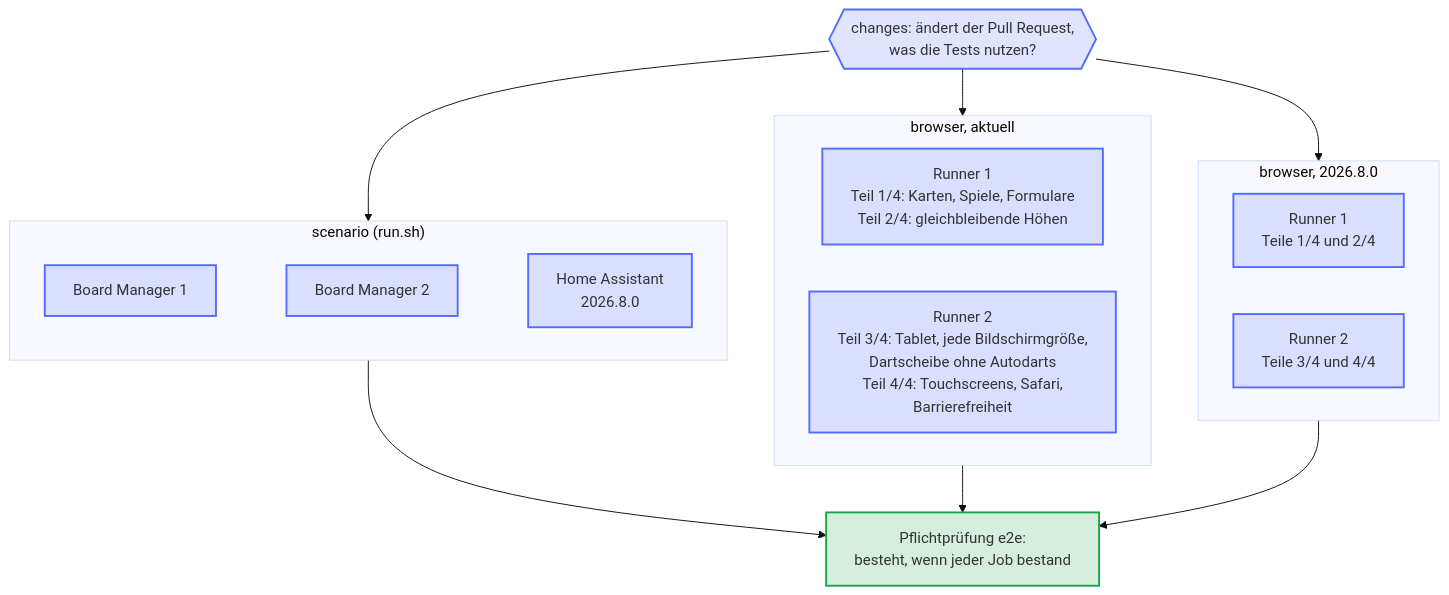
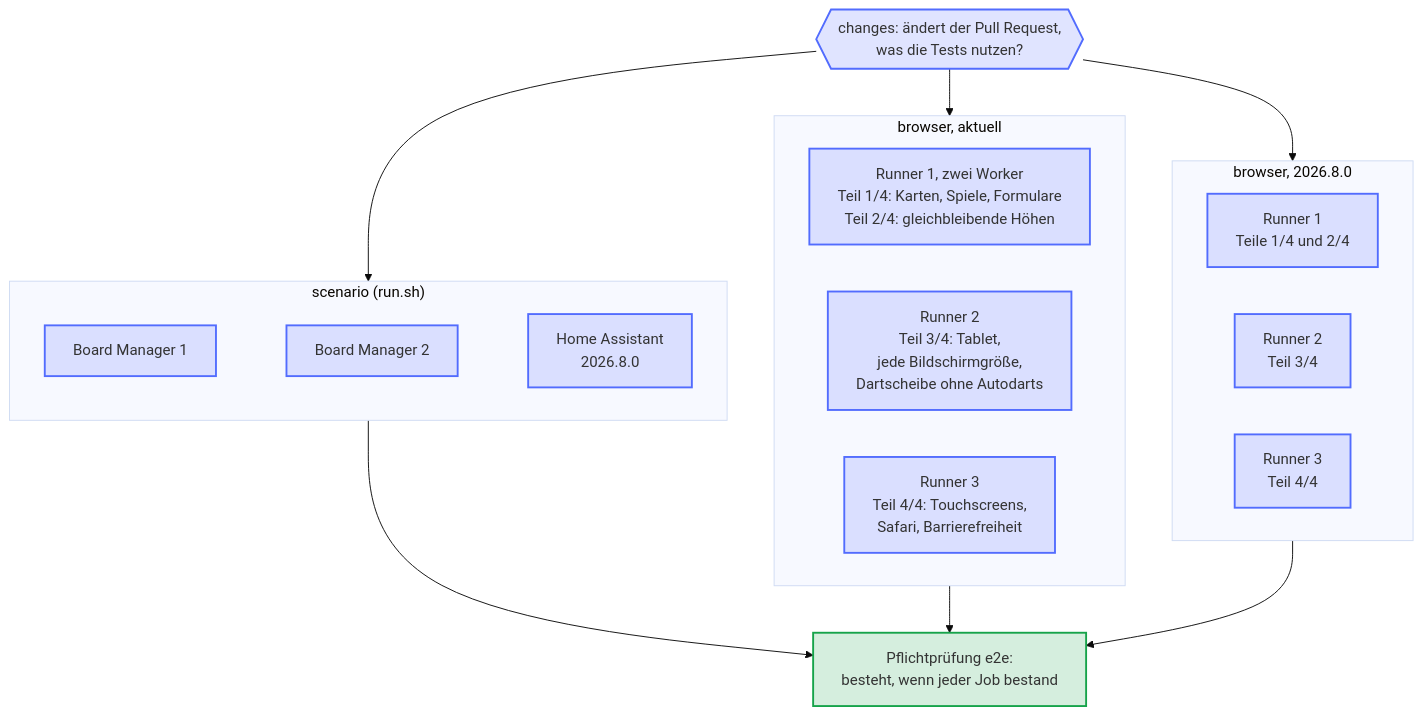
The diagram in docs/diagrams/e2e-shards.de.mmd (Dennis-Otto/ha-autodarts), drawn with Mermaid (base theme) before and after one commit. The commit also changed 11 other files, not shown here.

First line of the commit message:
ci(e2e): give the shard with Safari a runner of its own

```diff
--- a/docs/diagrams/e2e-shards.de.mmd
+++ b/docs/diagrams/e2e-shards.de.mmd
@@ -1,40 +1,42 @@
 ---
 config:
   flowchart:
     wrappingWidth: 400
 ---
 flowchart TB
   accTitle: Die End-to-End-Tests nebeneinander
-  accDescr: Findet der Job changes etwas zu testen, starten sieben Test-Jobs zugleich. Drei führen das Szenario aus, für Board Manager 1, Board Manager 2 und Home Assistant 2026.8.0. Vier führen den Browsertest aus, zwei für das aktuelle und zwei für das älteste unterstützte Home Assistant. Jeder Browser-Job startet zwei Demo-Instanzen, jede mit einem Browser und einem der vier Teile der Schritte, sodass alle vier Teile einer Version zugleich laufen. Die Pflichtprüfung e2e wartet auf alle.
+  accDescr: Findet der Job changes etwas zu testen, starten neun Test-Jobs zugleich. Drei führen das Szenario aus, für Board Manager 1, Board Manager 2 und Home Assistant 2026.8.0. Sechs führen den Browsertest aus, drei für das aktuelle und drei für das älteste unterstützte Home Assistant, sodass alle vier Teile einer Version zugleich laufen, jeder auf einer eigenen Demo-Instanz. Der erste Runner einer Version führt zwei Worker aus, die Karten, Spiele und Formulare neben den gleichbleibenden Höhen; der zweite das Tablet, jede Bildschirmgröße und die Dartscheibe ohne Autodarts; der dritte die Touchscreens, Safari und die Barrierefreiheit allein, damit sich WebKit von Safari die CPU mit keinem anderen Browser teilt. Die Pflichtprüfung e2e wartet auf alle.
 
   CHANGES{{"changes: ändert der Pull Request,<br/>was die Tests nutzen?"}}
   CHANGES --> SCENARIO
   CHANGES --> CURRENT
   CHANGES --> OLDEST
 
   subgraph SCENARIO["scenario (run.sh)"]
     direction LR
     S1["Board Manager 1"] ~~~ S2["Board Manager 2"] ~~~ S3["Home Assistant<br/>2026.8.0"]
   end
 
   subgraph CURRENT["browser, aktuell"]
     direction LR
-    C1["Runner 1<br/>Teil 1/4: Karten, Spiele, Formulare<br/>Teil 2/4: gleichbleibende Höhen"]
-    C2["Runner 2<br/>Teil 3/4: Tablet, jede Bildschirmgröße,<br/>Dartscheibe ohne Autodarts<br/>Teil 4/4: Touchscreens, Safari,<br/>Barrierefreiheit"]
+    C1["Runner 1, zwei Worker<br/>Teil 1/4: Karten, Spiele, Formulare<br/>Teil 2/4: gleichbleibende Höhen"]
+    C2["Runner 2<br/>Teil 3/4: Tablet,<br/>jede Bildschirmgröße,<br/>Dartscheibe ohne Autodarts"]
+    C3["Runner 3<br/>Teil 4/4: Touchscreens,<br/>Safari, Barrierefreiheit"]
   end
 
   subgraph OLDEST["browser, 2026.8.0"]
     direction LR
     O1["Runner 1<br/>Teile 1/4 und 2/4"]
-    O2["Runner 2<br/>Teile 3/4 und 4/4"]
+    O2["Runner 2<br/>Teil 3/4"]
+    O3["Runner 3<br/>Teil 4/4"]
   end
 
   SCENARIO --> GATE["Pflichtprüfung e2e:<br/>besteht, wenn jeder Job bestand"]
   CURRENT --> GATE
   OLDEST --> GATE
 
   classDef bot fill:#526cfe2e,stroke:#526cfe,stroke-width:2px
   classDef done fill:#16a34a2e,stroke:#16a34a,stroke-width:2px
   class CHANGES bot
-  class S1,S2,S3,C1,C2,O1,O2 bot
+  class S1,S2,S3,C1,C2,C3,O1,O2,O3 bot
   class GATE done
```
